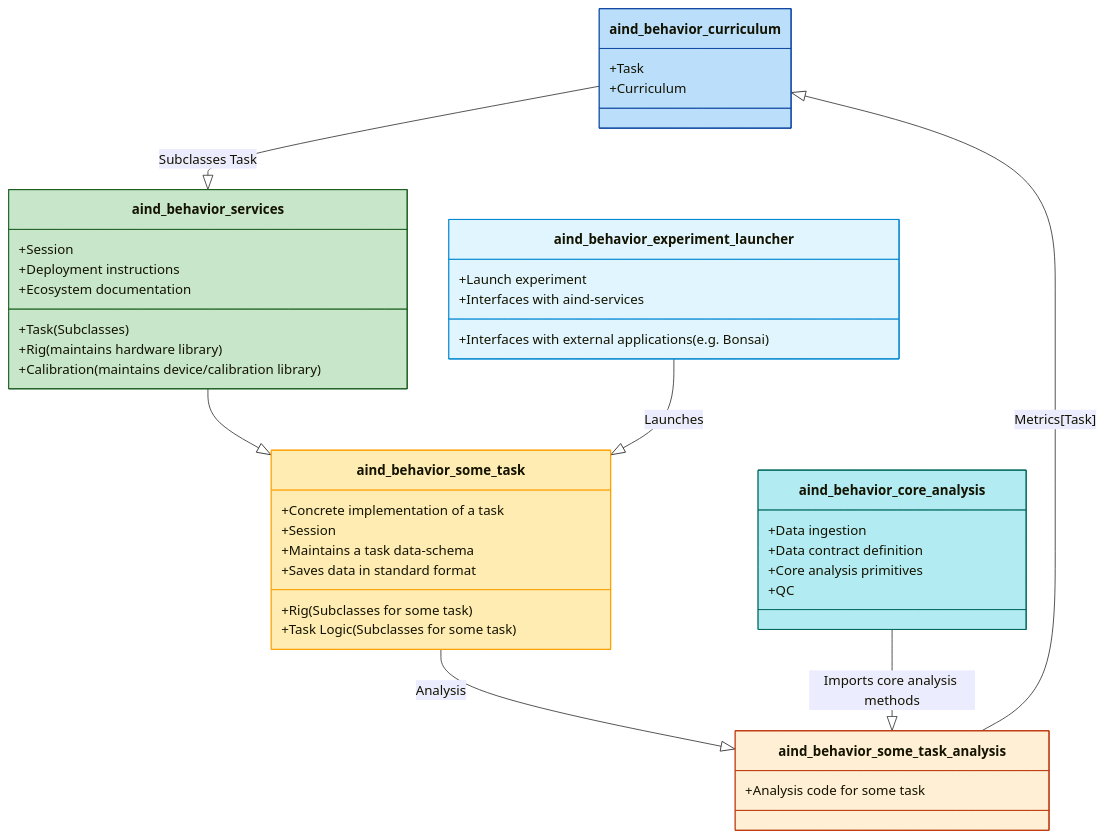
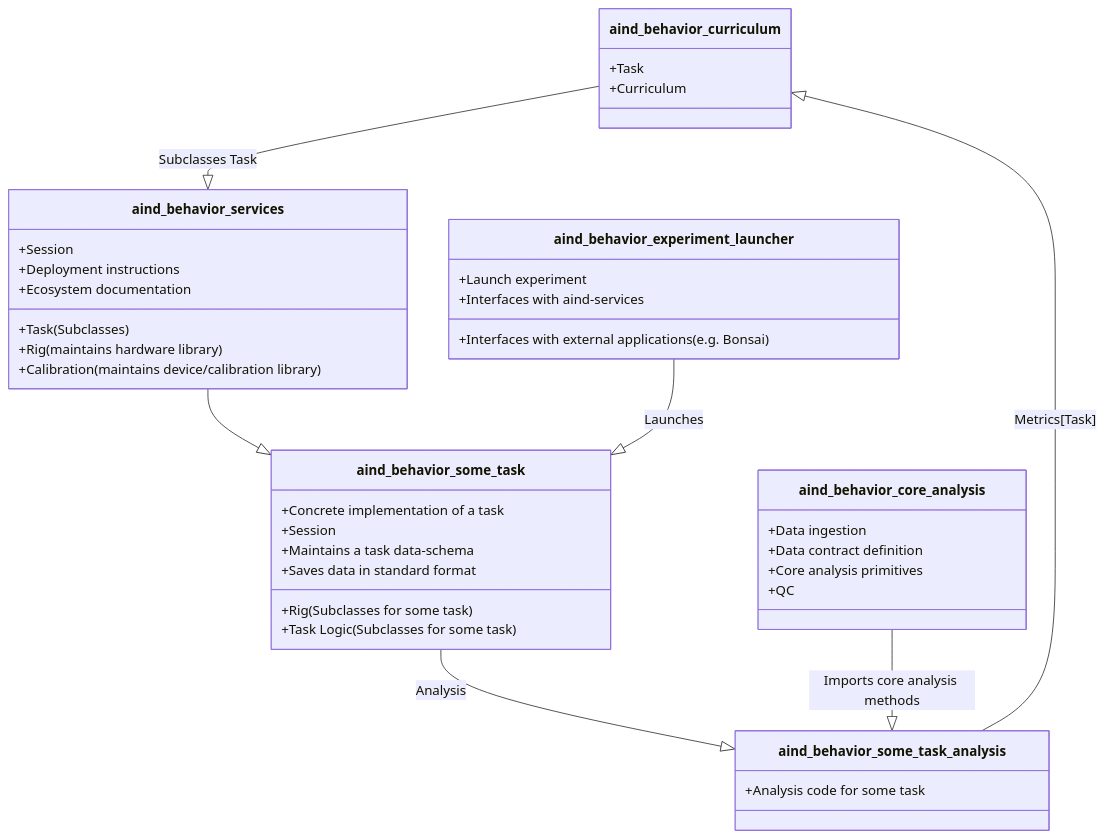
Before and after one commit to AllenNeuralDynamics/aind-behavior-rig-calibration: the diagram in README.md, drawn with Mermaid. The commit also changed 3 other files, not shown here.

Commit message:
Favor mermaid plot over svg

````diff
--- a/README.md
+++ b/README.md
@@ -71,61 +72,51 @@
 ```mermaid
-
 classDiagram
     class aind_behavior_curriculum {
         +Task
         +Curriculum
     }
 
     class aind_behavior_services {
         +Task (Subclasses)
         +Rig (maintains hardware library)
         +Session
         +Calibration (maintains device/calibration library)
         +Deployment instructions
         +Ecosystem documentation
     }
 
     class aind_behavior_experiment_launcher {
         +Launch experiment
         +Interfaces with external applications (e.g. Bonsai)
         +Interfaces with aind-services
     }
 
     class aind_behavior_some_task {
         +Concrete implementation of a task
         +Rig (Subclasses for some task)
         +Session
         +Task Logic (Subclasses for some task)
         +Maintains a task data-schema
         +Saves data in standard format
     }
 
-
     class aind_behavior_some_task_analysis {
         +Analysis code for some task
     }
-
 
     class aind_behavior_core_analysis {
         +Data ingestion
         +Data contract definition
         +Core analysis primitives
         +QC
     }
 
     aind_behavior_curriculum --|> aind_behavior_services : Subclasses Task
     aind_behavior_services --|> aind_behavior_some_task 
     aind_behavior_some_task --|> aind_behavior_some_task_analysis : Analysis
     aind_behavior_core_analysis --|> aind_behavior_some_task_analysis : Imports core analysis methods
     aind_behavior_some_task_analysis --|> aind_behavior_curriculum : Metrics[Task]
     
     aind_behavior_experiment_launcher --|> aind_behavior_some_task : Launches
 
-    style aind_behavior_curriculum fill:#BBDEFB,stroke:#0D47A1,stroke-width:1px
-    style aind_behavior_services fill:#C8E6C9,stroke:#1B5E20,stroke-width:1px
-    style aind_behavior_experiment_launcher fill:#E1F5FE,stroke:#0288D1,stroke-width:1px
-    style aind_behavior_some_task fill:#FFECB3,stroke:#FFA000,stroke-width:1px
-    style aind_behavior_some_task_analysis fill:#FFEFD5,stroke:#BF360C,stroke-width:1px
-    style aind_behavior_core_analysis fill:#B2EBF2,stroke:#00695C,stroke-width:1px
-
 ```
````
